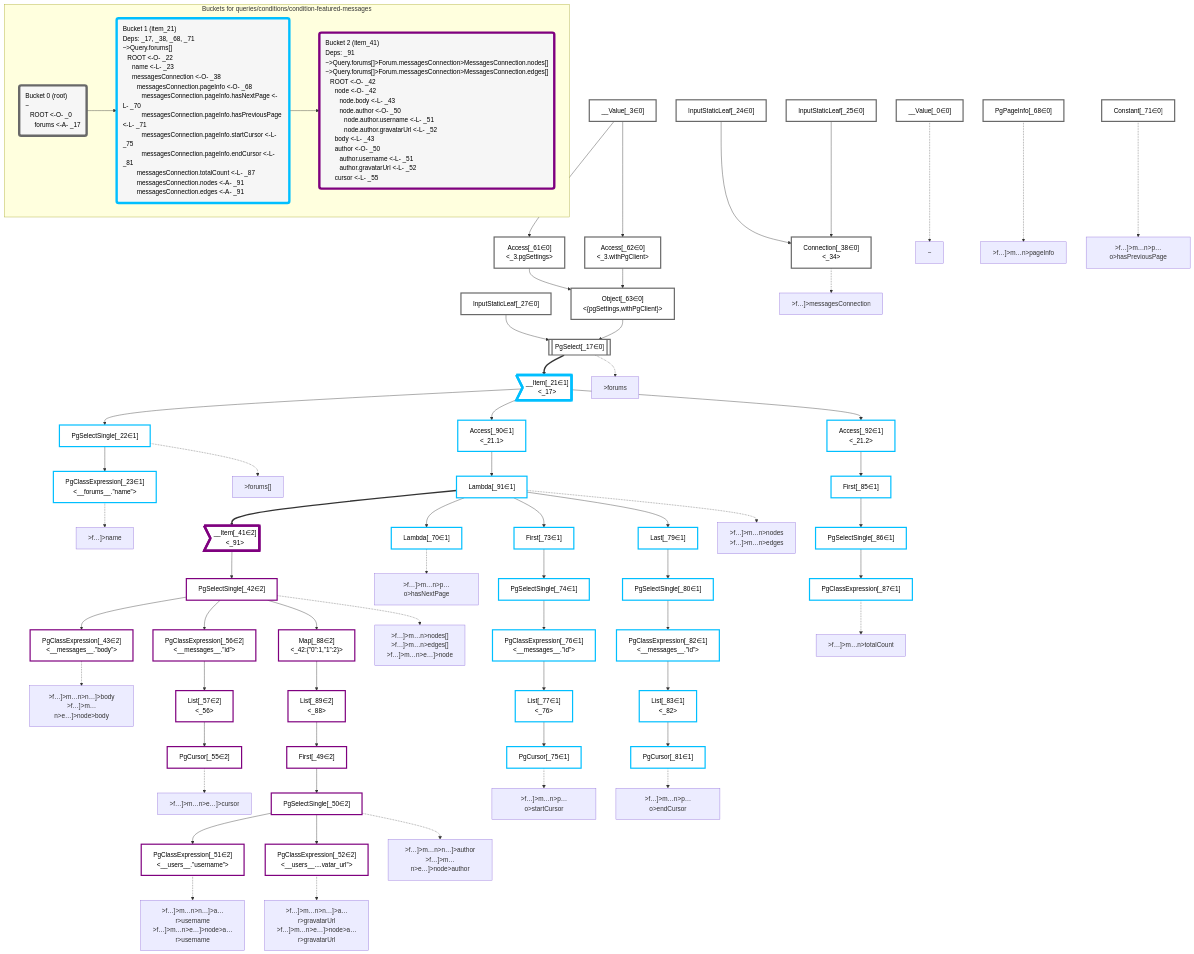
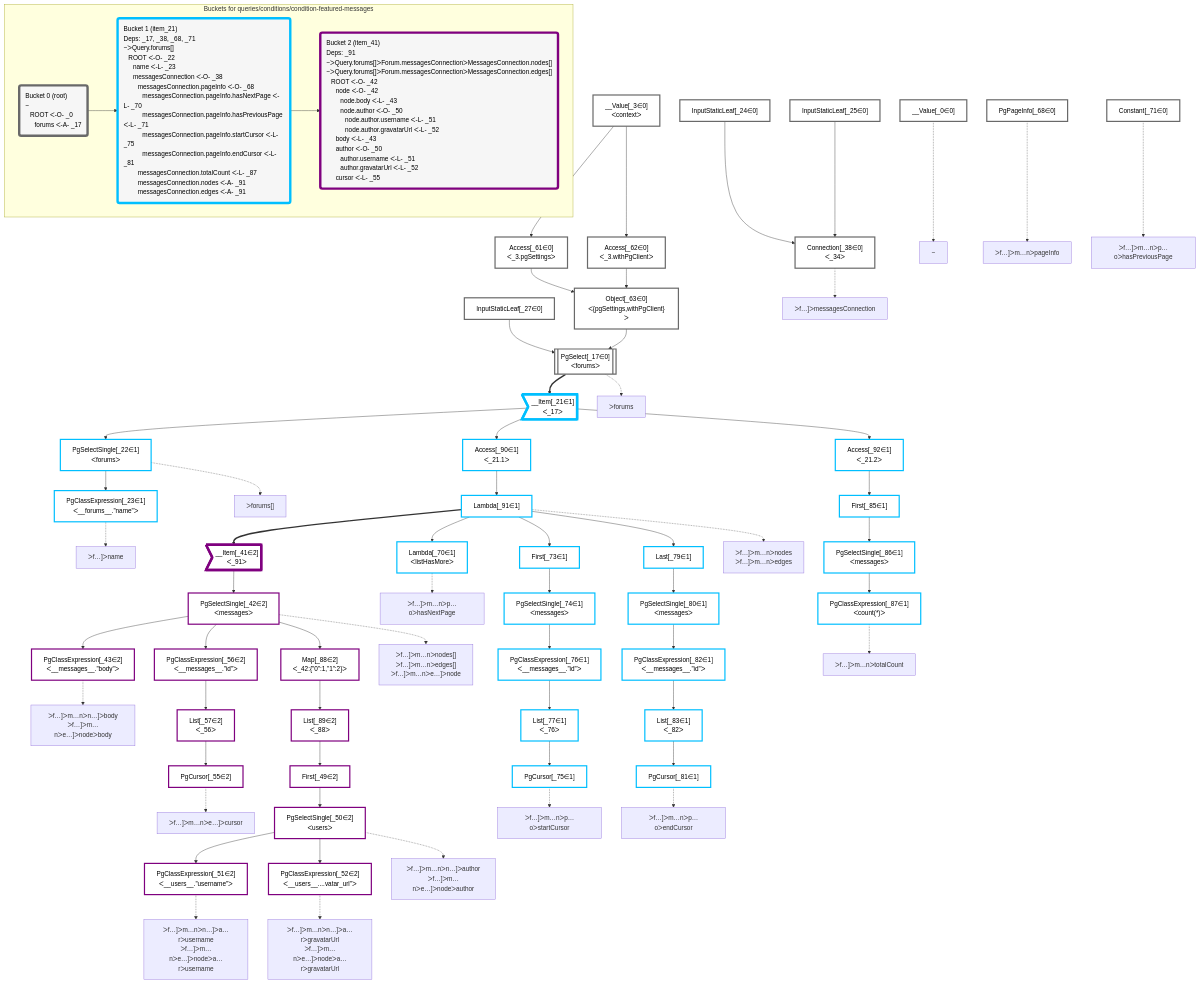
One commit to graphile/crystal changed the diagram in packages/dataplan-pg/__tests__/queries/conditions/condition-featured-messages.mermaid.md. Above: the diagram before and after it, drawn with Mermaid. The commit also changed 195 other files, not shown here.

```diff
--- a/packages/dataplan-pg/__tests__/queries/conditions/condition-featured-messages.mermaid.md
+++ b/packages/dataplan-pg/__tests__/queries/conditions/condition-featured-messages.mermaid.md
@@ -9,49 +9,49 @@
 
     %% define plans
     __Value_0["__Value[_0∈0]"]:::plan
-    __Value_3["__Value[_3∈0]<br /><context>"]:::plan
-    PgSelect_17[["PgSelect[_17∈0]<br /><forums>"]]:::plan
-    __Item_21>"__Item[_21∈1]<br /><_17>"]:::itemplan
-    PgSelectSingle_22["PgSelectSingle[_22∈1]<br /><forums>"]:::plan
-    PgClassExpression_23["PgClassExpression[_23∈1]<br /><__forums__.”name”>"]:::plan
+    __Value_3["__Value[_3∈0]<br />ᐸcontextᐳ"]:::plan
+    PgSelect_17[["PgSelect[_17∈0]<br />ᐸforumsᐳ"]]:::plan
+    __Item_21>"__Item[_21∈1]<br />ᐸ_17ᐳ"]:::itemplan
+    PgSelectSingle_22["PgSelectSingle[_22∈1]<br />ᐸforumsᐳ"]:::plan
+    PgClassExpression_23["PgClassExpression[_23∈1]<br />ᐸ__forums__.”name”ᐳ"]:::plan
     InputStaticLeaf_24["InputStaticLeaf[_24∈0]"]:::plan
     InputStaticLeaf_25["InputStaticLeaf[_25∈0]"]:::plan
     InputStaticLeaf_27["InputStaticLeaf[_27∈0]"]:::plan
-    Connection_38["Connection[_38∈0]<br /><_34>"]:::plan
-    __Item_41>"__Item[_41∈2]<br /><_91>"]:::itemplan
-    PgSelectSingle_42["PgSelectSingle[_42∈2]<br /><messages>"]:::plan
-    PgClassExpression_43["PgClassExpression[_43∈2]<br /><__messages__.”body”>"]:::plan
+    Connection_38["Connection[_38∈0]<br />ᐸ_34ᐳ"]:::plan
+    __Item_41>"__Item[_41∈2]<br />ᐸ_91ᐳ"]:::itemplan
+    PgSelectSingle_42["PgSelectSingle[_42∈2]<br />ᐸmessagesᐳ"]:::plan
+    PgClassExpression_43["PgClassExpression[_43∈2]<br />ᐸ__messages__.”body”ᐳ"]:::plan
     First_49["First[_49∈2]"]:::plan
-    PgSelectSingle_50["PgSelectSingle[_50∈2]<br /><users>"]:::plan
-    PgClassExpression_51["PgClassExpression[_51∈2]<br /><__users__.”username”>"]:::plan
-    PgClassExpression_52["PgClassExpression[_52∈2]<br /><__users__....vatar_url”>"]:::plan
+    PgSelectSingle_50["PgSelectSingle[_50∈2]<br />ᐸusersᐳ"]:::plan
+    PgClassExpression_51["PgClassExpression[_51∈2]<br />ᐸ__users__.”username”ᐳ"]:::plan
+    PgClassExpression_52["PgClassExpression[_52∈2]<br />ᐸ__users__....vatar_url”ᐳ"]:::plan
     PgCursor_55["PgCursor[_55∈2]"]:::plan
-    PgClassExpression_56["PgClassExpression[_56∈2]<br /><__messages__.”id”>"]:::plan
-    List_57["List[_57∈2]<br /><_56>"]:::plan
-    Access_61["Access[_61∈0]<br /><_3.pgSettings>"]:::plan
-    Access_62["Access[_62∈0]<br /><_3.withPgClient>"]:::plan
-    Object_63["Object[_63∈0]<br /><{pgSettings,withPgClient}>"]:::plan
+    PgClassExpression_56["PgClassExpression[_56∈2]<br />ᐸ__messages__.”id”ᐳ"]:::plan
+    List_57["List[_57∈2]<br />ᐸ_56ᐳ"]:::plan
+    Access_61["Access[_61∈0]<br />ᐸ_3.pgSettingsᐳ"]:::plan
+    Access_62["Access[_62∈0]<br />ᐸ_3.withPgClientᐳ"]:::plan
+    Object_63["Object[_63∈0]<br />ᐸ{pgSettings,withPgClient}ᐳ"]:::plan
     PgPageInfo_68["PgPageInfo[_68∈0]"]:::plan
-    Lambda_70["Lambda[_70∈1]<br /><listHasMore>"]:::plan
+    Lambda_70["Lambda[_70∈1]<br />ᐸlistHasMoreᐳ"]:::plan
     Constant_71["Constant[_71∈0]"]:::plan
     First_73["First[_73∈1]"]:::plan
-    PgSelectSingle_74["PgSelectSingle[_74∈1]<br /><messages>"]:::plan
+    PgSelectSingle_74["PgSelectSingle[_74∈1]<br />ᐸmessagesᐳ"]:::plan
     PgCursor_75["PgCursor[_75∈1]"]:::plan
-    PgClassExpression_76["PgClassExpression[_76∈1]<br /><__messages__.”id”>"]:::plan
-    List_77["List[_77∈1]<br /><_76>"]:::plan
+    PgClassExpression_76["PgClassExpression[_76∈1]<br />ᐸ__messages__.”id”ᐳ"]:::plan
+    List_77["List[_77∈1]<br />ᐸ_76ᐳ"]:::plan
     Last_79["Last[_79∈1]"]:::plan
-    PgSelectSingle_80["PgSelectSingle[_80∈1]<br /><messages>"]:::plan
+    PgSelectSingle_80["PgSelectSingle[_80∈1]<br />ᐸmessagesᐳ"]:::plan
     PgCursor_81["PgCursor[_81∈1]"]:::plan
-    PgClassExpression_82["PgClassExpression[_82∈1]<br /><__messages__.”id”>"]:::plan
-    List_83["List[_83∈1]<br /><_82>"]:::plan
+    PgClassExpression_82["PgClassExpression[_82∈1]<br />ᐸ__messages__.”id”ᐳ"]:::plan
+    List_83["List[_83∈1]<br />ᐸ_82ᐳ"]:::plan
     First_85["First[_85∈1]"]:::plan
-    PgSelectSingle_86["PgSelectSingle[_86∈1]<br /><messages>"]:::plan
-    PgClassExpression_87["PgClassExpression[_87∈1]<br /><count(*)>"]:::plan
-    Map_88["Map[_88∈2]<br /><_42:{”0”:1,”1”:2}>"]:::plan
-    List_89["List[_89∈2]<br /><_88>"]:::plan
-    Access_90["Access[_90∈1]<br /><_21.1>"]:::plan
+    PgSelectSingle_86["PgSelectSingle[_86∈1]<br />ᐸmessagesᐳ"]:::plan
+    PgClassExpression_87["PgClassExpression[_87∈1]<br />ᐸcount(*)ᐳ"]:::plan
+    Map_88["Map[_88∈2]<br />ᐸ_42:{”0”:1,”1”:2}ᐳ"]:::plan
+    List_89["List[_89∈2]<br />ᐸ_88ᐳ"]:::plan
+    Access_90["Access[_90∈1]<br />ᐸ_21.1ᐳ"]:::plan
     Lambda_91["Lambda[_91∈1]"]:::plan
-    Access_92["Access[_92∈1]<br /><_21.2>"]:::plan
+    Access_92["Access[_92∈1]<br />ᐸ_21.2ᐳ"]:::plan
 
     %% plan dependencies
     Object_63 --> PgSelect_17
@@ -98,39 +98,39 @@
     %% plan-to-path relationships
     P_0["~"]
     __Value_0 -.-> P_0
-    P_17[">forums"]
+    P_17["ᐳforums"]
     PgSelect_17 -.-> P_17
-    P_22[">forums[]"]
+    P_22["ᐳforums[]"]
     PgSelectSingle_22 -.-> P_22
-    P_23[">f…]>name"]
+    P_23["ᐳf…]ᐳname"]
     PgClassExpression_23 -.-> P_23
-    P_38[">f…]>messagesConnection"]
+    P_38["ᐳf…]ᐳmessagesConnection"]
     Connection_38 -.-> P_38
-    P_42[">f…]>m…n>nodes[]<br />>f…]>m…n>edges[]<br />>f…]>m…n>e…]>node"]
+    P_42["ᐳf…]ᐳm…nᐳnodes[]<br />ᐳf…]ᐳm…nᐳedges[]<br />ᐳf…]ᐳm…nᐳe…]ᐳnode"]
     PgSelectSingle_42 -.-> P_42
-    P_43[">f…]>m…n>n…]>body<br />>f…]>m…n>e…]>node>body"]
+    P_43["ᐳf…]ᐳm…nᐳn…]ᐳbody<br />ᐳf…]ᐳm…nᐳe…]ᐳnodeᐳbody"]
     PgClassExpression_43 -.-> P_43
-    P_50[">f…]>m…n>n…]>author<br />>f…]>m…n>e…]>node>author"]
+    P_50["ᐳf…]ᐳm…nᐳn…]ᐳauthor<br />ᐳf…]ᐳm…nᐳe…]ᐳnodeᐳauthor"]
     PgSelectSingle_50 -.-> P_50
-    P_51[">f…]>m…n>n…]>a…r>username<br />>f…]>m…n>e…]>node>a…r>username"]
+    P_51["ᐳf…]ᐳm…nᐳn…]ᐳa…rᐳusername<br />ᐳf…]ᐳm…nᐳe…]ᐳnodeᐳa…rᐳusername"]
     PgClassExpression_51 -.-> P_51
-    P_52[">f…]>m…n>n…]>a…r>gravatarUrl<br />>f…]>m…n>e…]>node>a…r>gravatarUrl"]
+    P_52["ᐳf…]ᐳm…nᐳn…]ᐳa…rᐳgravatarUrl<br />ᐳf…]ᐳm…nᐳe…]ᐳnodeᐳa…rᐳgravatarUrl"]
     PgClassExpression_52 -.-> P_52
-    P_55[">f…]>m…n>e…]>cursor"]
+    P_55["ᐳf…]ᐳm…nᐳe…]ᐳcursor"]
     PgCursor_55 -.-> P_55
-    P_68[">f…]>m…n>pageInfo"]
+    P_68["ᐳf…]ᐳm…nᐳpageInfo"]
     PgPageInfo_68 -.-> P_68
-    P_70[">f…]>m…n>p…o>hasNextPage"]
+    P_70["ᐳf…]ᐳm…nᐳp…oᐳhasNextPage"]
     Lambda_70 -.-> P_70
-    P_71[">f…]>m…n>p…o>hasPreviousPage"]
+    P_71["ᐳf…]ᐳm…nᐳp…oᐳhasPreviousPage"]
     Constant_71 -.-> P_71
-    P_75[">f…]>m…n>p…o>startCursor"]
+    P_75["ᐳf…]ᐳm…nᐳp…oᐳstartCursor"]
     PgCursor_75 -.-> P_75
-    P_81[">f…]>m…n>p…o>endCursor"]
+    P_81["ᐳf…]ᐳm…nᐳp…oᐳendCursor"]
     PgCursor_81 -.-> P_81
-    P_87[">f…]>m…n>totalCount"]
+    P_87["ᐳf…]ᐳm…nᐳtotalCount"]
     PgClassExpression_87 -.-> P_87
-    P_91[">f…]>m…n>nodes<br />>f…]>m…n>edges"]
+    P_91["ᐳf…]ᐳm…nᐳnodes<br />ᐳf…]ᐳm…nᐳedges"]
     Lambda_91 -.-> P_91
 
     %% allocate buckets
@@ -142,12 +142,12 @@
     class __Item_41,PgSelectSingle_42,PgClassExpression_43,First_49,PgSelectSingle_50,PgClassExpression_51,PgClassExpression_52,PgCursor_55,PgClassExpression_56,List_57,Map_88,List_89 bucket2
 
     subgraph "Buckets for queries/conditions/condition-featured-messages"
-    Bucket0("Bucket 0 (root)<br />~<br />⠀ROOT <-O- _0<br />⠀⠀forums <-A- _17"):::bucket
+    Bucket0("Bucket 0 (root)<br />~<br />⠀ROOT ᐸ-O- _0<br />⠀⠀forums ᐸ-A- _17"):::bucket
     style Bucket0 stroke:#696969
-    Bucket1("Bucket 1 (item_21)<br />Deps: _17, _38, _68, _71<br />~>Query.forums[]<br />⠀ROOT <-O- _22<br />⠀⠀name <-L- _23<br />⠀⠀messagesConnection <-O- _38<br />⠀⠀⠀messagesConnection.pageInfo <-O- _68<br />⠀⠀⠀⠀messagesConnection.pageInfo.hasNextPage <-L- _70<br />⠀⠀⠀⠀messagesConnection.pageInfo.hasPreviousPage <-L- _71<br />⠀⠀⠀⠀messagesConnection.pageInfo.startCursor <-L- _75<br />⠀⠀⠀⠀messagesConnection.pageInfo.endCursor <-L- _81<br />⠀⠀⠀messagesConnection.totalCount <-L- _87<br />⠀⠀⠀messagesConnection.nodes <-A- _91<br />⠀⠀⠀messagesConnection.edges <-A- _91"):::bucket
+    Bucket1("Bucket 1 (item_21)<br />Deps: _17, _38, _68, _71<br />~ᐳQuery.forums[]<br />⠀ROOT ᐸ-O- _22<br />⠀⠀name ᐸ-L- _23<br />⠀⠀messagesConnection ᐸ-O- _38<br />⠀⠀⠀messagesConnection.pageInfo ᐸ-O- _68<br />⠀⠀⠀⠀messagesConnection.pageInfo.hasNextPage ᐸ-L- _70<br />⠀⠀⠀⠀messagesConnection.pageInfo.hasPreviousPage ᐸ-L- _71<br />⠀⠀⠀⠀messagesConnection.pageInfo.startCursor ᐸ-L- _75<br />⠀⠀⠀⠀messagesConnection.pageInfo.endCursor ᐸ-L- _81<br />⠀⠀⠀messagesConnection.totalCount ᐸ-L- _87<br />⠀⠀⠀messagesConnection.nodes ᐸ-A- _91<br />⠀⠀⠀messagesConnection.edges ᐸ-A- _91"):::bucket
     style Bucket1 stroke:#00bfff
     Bucket0 --> Bucket1
-    Bucket2("Bucket 2 (item_41)<br />Deps: _91<br />~>Query.forums[]>Forum.messagesConnection>MessagesConnection.nodes[]<br />~>Query.forums[]>Forum.messagesConnection>MessagesConnection.edges[]<br />⠀ROOT <-O- _42<br />⠀⠀node <-O- _42<br />⠀⠀⠀node.body <-L- _43<br />⠀⠀⠀node.author <-O- _50<br />⠀⠀⠀⠀node.author.username <-L- _51<br />⠀⠀⠀⠀node.author.gravatarUrl <-L- _52<br />⠀⠀body <-L- _43<br />⠀⠀author <-O- _50<br />⠀⠀⠀author.username <-L- _51<br />⠀⠀⠀author.gravatarUrl <-L- _52<br />⠀⠀cursor <-L- _55"):::bucket
+    Bucket2("Bucket 2 (item_41)<br />Deps: _91<br />~ᐳQuery.forums[]ᐳForum.messagesConnectionᐳMessagesConnection.nodes[]<br />~ᐳQuery.forums[]ᐳForum.messagesConnectionᐳMessagesConnection.edges[]<br />⠀ROOT ᐸ-O- _42<br />⠀⠀node ᐸ-O- _42<br />⠀⠀⠀node.body ᐸ-L- _43<br />⠀⠀⠀node.author ᐸ-O- _50<br />⠀⠀⠀⠀node.author.username ᐸ-L- _51<br />⠀⠀⠀⠀node.author.gravatarUrl ᐸ-L- _52<br />⠀⠀body ᐸ-L- _43<br />⠀⠀author ᐸ-O- _50<br />⠀⠀⠀author.username ᐸ-L- _51<br />⠀⠀⠀author.gravatarUrl ᐸ-L- _52<br />⠀⠀cursor ᐸ-L- _55"):::bucket
     style Bucket2 stroke:#7f007f
     Bucket1 --> Bucket2
     end
```
